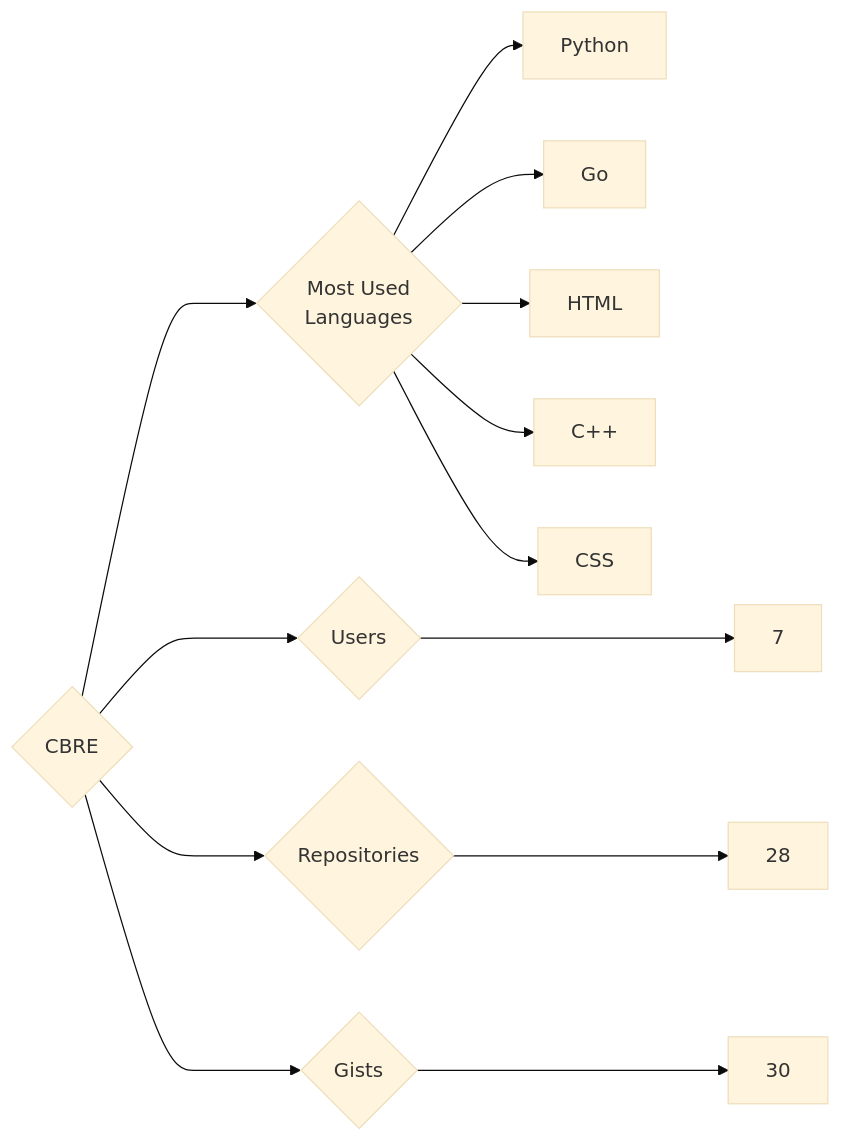
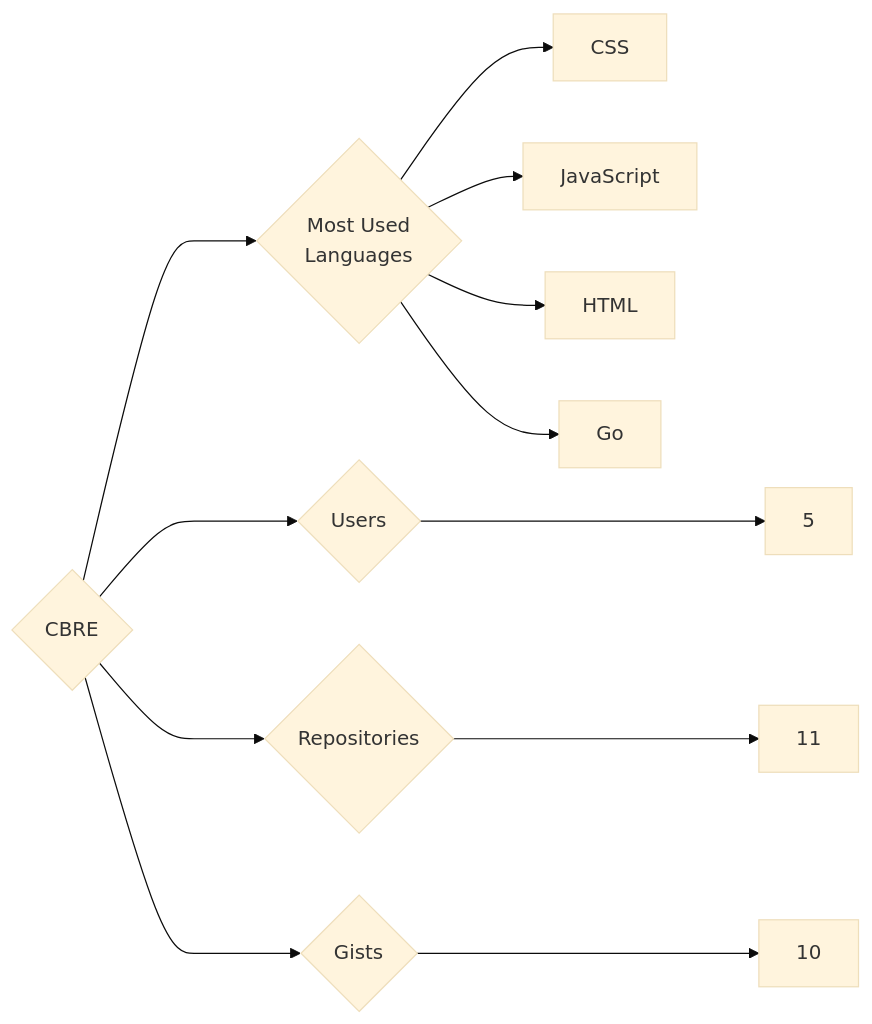
One commit to trickest/insiders changed the diagram in targets/CBRE/README.md. Above: the diagram before and after it, drawn with Mermaid (base theme). The commit also changed 1166 other files, not shown here.

````diff
--- a/targets/CBRE/README.md
+++ b/targets/CBRE/README.md
@@ -3,13 +3,12 @@
 ```mermaid
 graph LR
 COMPANY_NAME{CBRE}
-COMPANY_NAME ---> U{Users} ---> UN[7]
-COMPANY_NAME ---> R{Repositories} ---> RN[28]
-COMPANY_NAME ---> G{Gists} ---> GN[30]
+COMPANY_NAME ---> U{Users} ---> UN[5]
+COMPANY_NAME ---> R{Repositories} ---> RN[11]
+COMPANY_NAME ---> G{Gists} ---> GN[10]
 COMPANY_NAME ---> ML{Most Used<br>Languages}
-ML --> Python[Python]
+ML --> CSS[CSS]
+ML --> JavaScript[JavaScript]
+ML --> HTML[HTML]
 ML --> Go[Go]
-ML --> HTML[HTML]
-ML --> C++[C++]
-ML --> CSS[CSS]
 ```
````
